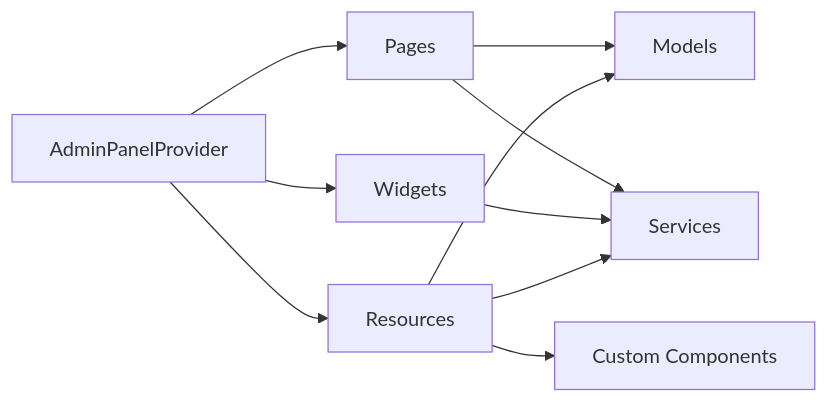
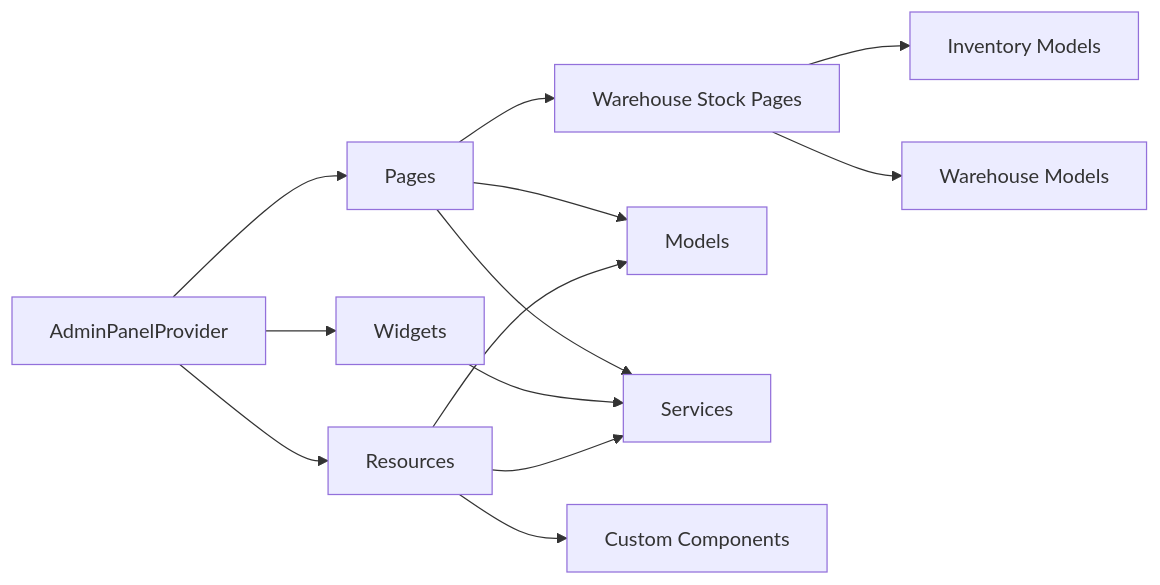
Before and after one commit to Dikksap/laravel_RsvHelmet: diagram 17 of 18 in .qoder/repowiki/en/content/Filament Admin Panel/Filament Admin Panel.md, drawn with Mermaid. The commit also changed other lines of this file and 129 other files, not shown here.

````diff
--- a/.qoder/repowiki/en/content/Filament Admin Panel/Filament Admin Panel.md
+++ b/.qoder/repowiki/en/content/Filament Admin Panel/Filament Admin Panel.md
@@ -447,12 +606,15 @@
 ```mermaid
 graph LR
 Provider["AdminPanelProvider"] --> Widgets["Widgets"]
 Provider --> Pages["Pages"]
 Provider --> Resources["Resources"]
+Pages --> WarehousePages["Warehouse Stock Pages"]
+WarehousePages --> InventoryModels["Inventory Models"]
+WarehousePages --> WarehouseModels["Warehouse Models"]
 Resources --> Models["Models"]
 Resources --> Services["Services"]
 Resources --> Components["Custom Components"]
 Widgets --> Services
 Pages --> Models
 Pages --> Services
 ```
````
